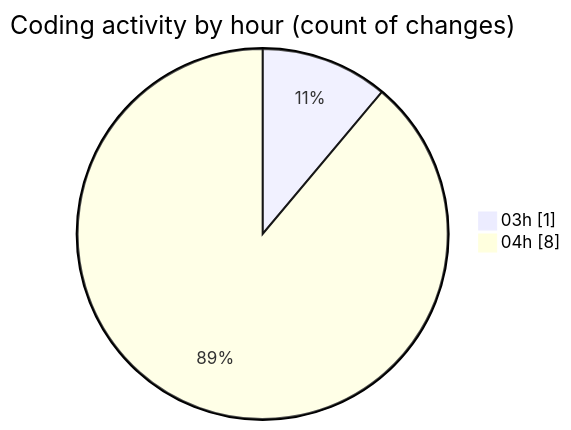
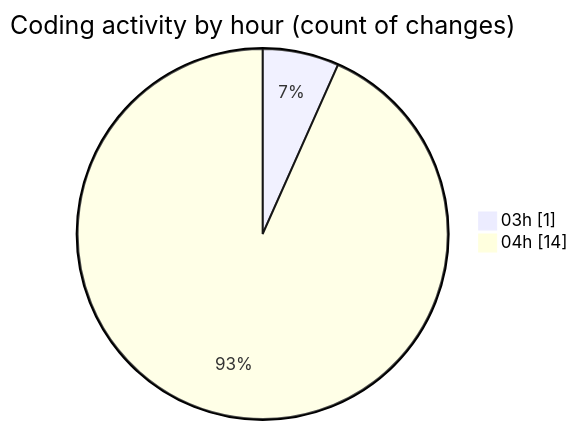
Before and after one commit to lephambinh05/code-tracking: the second of 2 diagrams in 2025-09-18/forum_cybernix_vn/README.md, drawn with Mermaid. The commit also changed other lines of this file and 1 other file, not shown here.

````diff
--- a/2025-09-18/forum_cybernix_vn/README.md
+++ b/2025-09-18/forum_cybernix_vn/README.md
@@ -35,6 +39,6 @@
 ```mermaid
 pie showData
 title Coding activity by hour (count of changes)
 "03h" : 1
-"04h" : 8
+"04h" : 14
 ```
````
